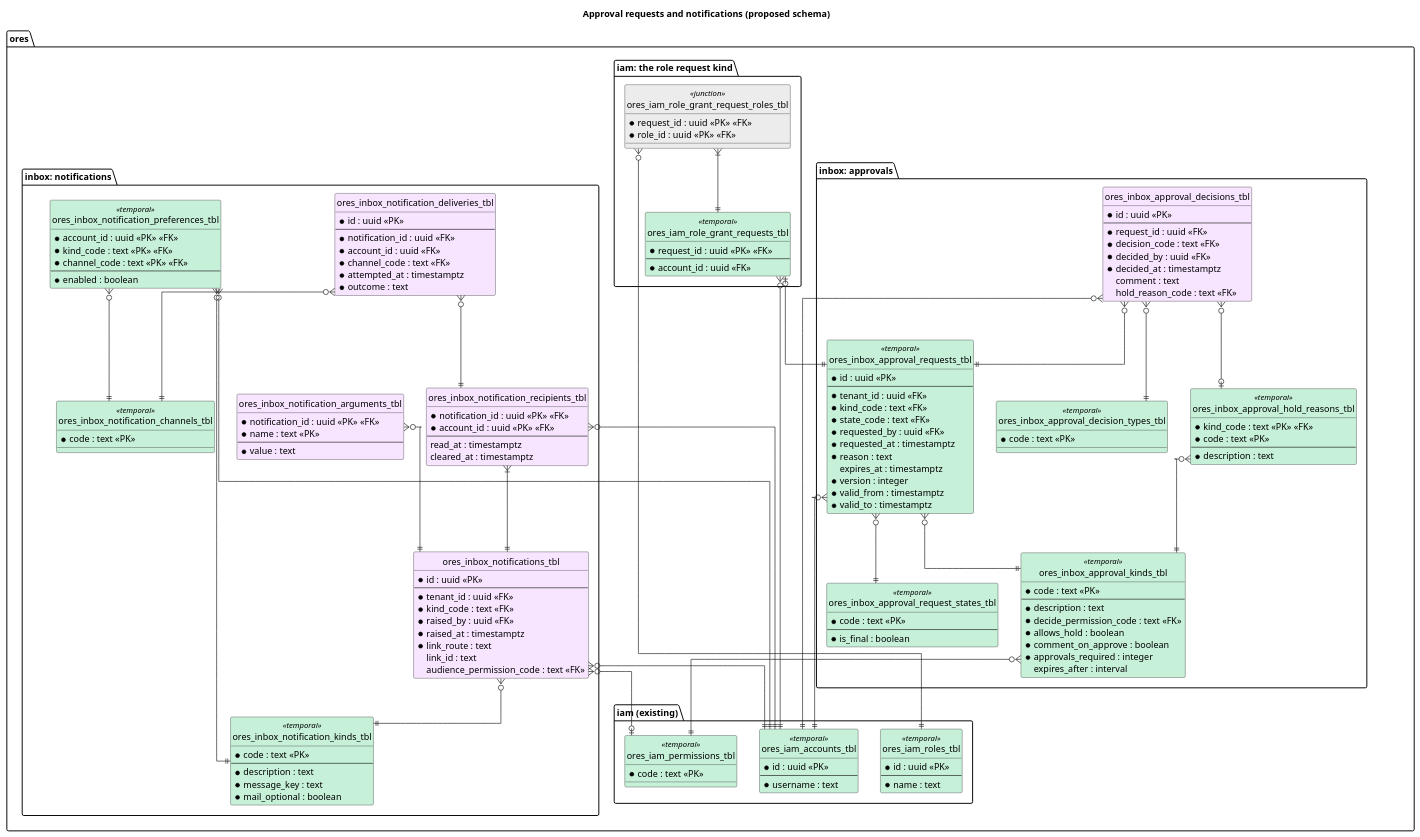
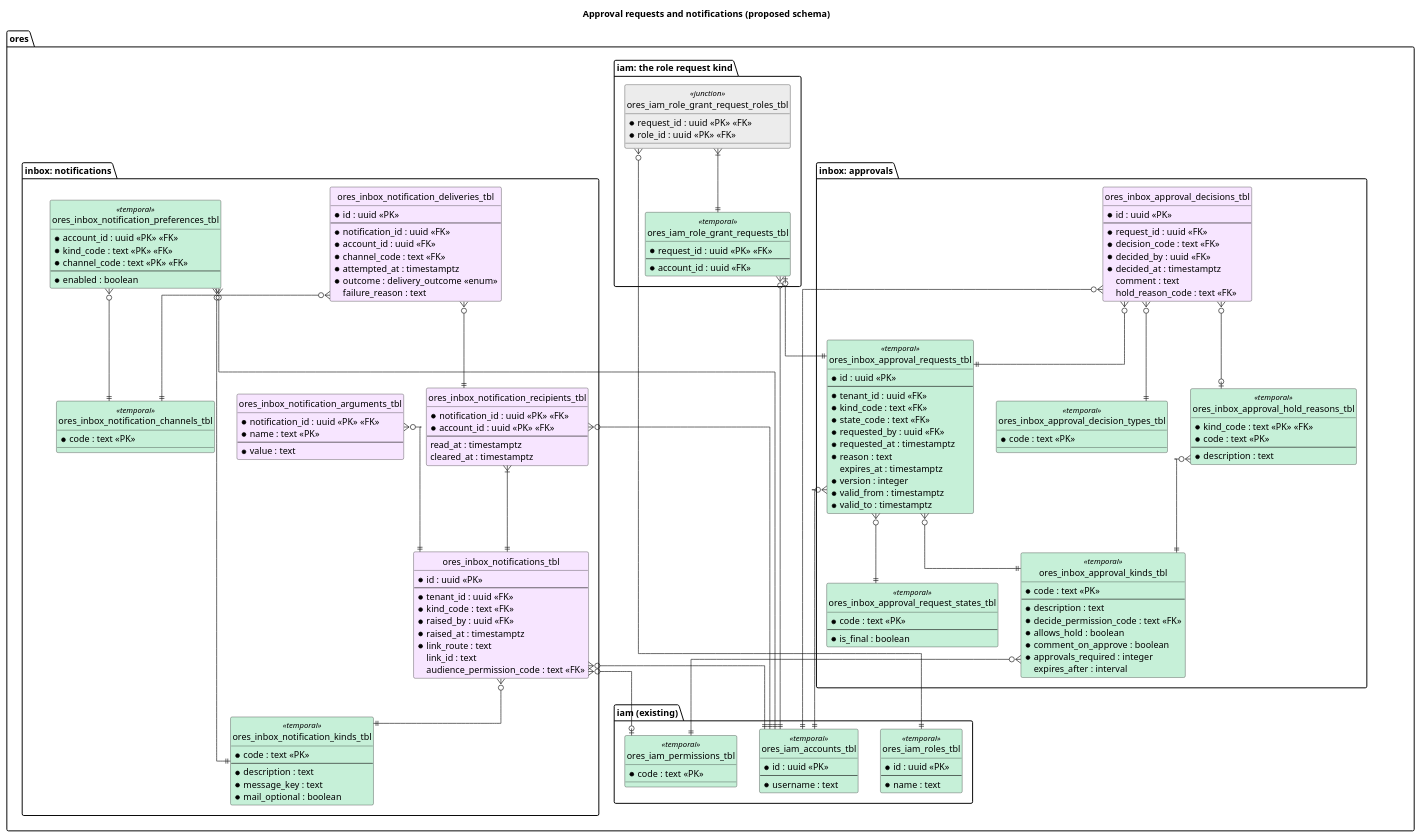
Before and after one commit to OreStudio/OreStudio: the diagram in doc/knowledge/architecture/approval_and_notification_schema.puml, drawn with PlantUML. The commit also changed 2 other files, not shown here.

Commit message:
[doc] Make the delivery outcome an enum
A delivery's outcome is pending, delivered or failed, with a failure
reason, following the enum column pattern the models use.

Story-ID: D5A29471-B0E3-4C69-B7CE-3477752C8ED7
Task-ID: 7822F25D-E5A3-4AB4-B822-373E7605CC5D
Environment: eager_maxwell

```diff
--- a/doc/knowledge/architecture/approval_and_notification_schema.puml
+++ b/doc/knowledge/architecture/approval_and_notification_schema.puml
@@ -21,165 +21,166 @@
 @startuml
 
 title Approval requests and notifications (proposed schema)
 hide circle
 skinparam linetype ortho
 
 package "ores.iam (existing)" {
   entity ores_iam_accounts_tbl <<temporal>> #C6F0D8 {
     * id : uuid <<PK>>
     --
     * username : text
   }
   entity ores_iam_roles_tbl <<temporal>> #C6F0D8 {
     * id : uuid <<PK>>
     --
     * name : text
   }
   entity ores_iam_permissions_tbl <<temporal>> #C6F0D8 {
     * code : text <<PK>>
   }
 }
 
 package "ores.inbox: approvals" {
   entity ores_inbox_approval_kinds_tbl <<temporal>> #C6F0D8 {
     * code : text <<PK>>
     --
     * description : text
     * decide_permission_code : text <<FK>>
     * allows_hold : boolean
     * comment_on_approve : boolean
     * approvals_required : integer
     expires_after : interval
   }
   entity ores_inbox_approval_request_states_tbl <<temporal>> #C6F0D8 {
     * code : text <<PK>>
     --
     * is_final : boolean
   }
   entity ores_inbox_approval_decision_types_tbl <<temporal>> #C6F0D8 {
     * code : text <<PK>>
   }
   entity ores_inbox_approval_hold_reasons_tbl <<temporal>> #C6F0D8 {
     * kind_code : text <<PK>> <<FK>>
     * code : text <<PK>>
     --
     * description : text
   }
   entity ores_inbox_approval_requests_tbl <<temporal>> #C6F0D8 {
     * id : uuid <<PK>>
     --
     * tenant_id : uuid <<FK>>
     * kind_code : text <<FK>>
     * state_code : text <<FK>>
     * requested_by : uuid <<FK>>
     * requested_at : timestamptz
     * reason : text
     expires_at : timestamptz
     * version : integer
     * valid_from : timestamptz
     * valid_to : timestamptz
   }
   entity ores_inbox_approval_decisions_tbl #F7E5FF {
     * id : uuid <<PK>>
     --
     * request_id : uuid <<FK>>
     * decision_code : text <<FK>>
     * decided_by : uuid <<FK>>
     * decided_at : timestamptz
     comment : text
     hold_reason_code : text <<FK>>
   }
 }
 
 package "ores.iam: the role request kind" {
   entity ores_iam_role_grant_requests_tbl <<temporal>> #C6F0D8 {
     * request_id : uuid <<PK>> <<FK>>
     --
     * account_id : uuid <<FK>>
   }
   entity ores_iam_role_grant_request_roles_tbl <<junction>> #ECECEC {
     * request_id : uuid <<PK>> <<FK>>
     * role_id : uuid <<PK>> <<FK>>
   }
 }
 
 package "ores.inbox: notifications" {
   entity ores_inbox_notification_kinds_tbl <<temporal>> #C6F0D8 {
     * code : text <<PK>>
     --
     * description : text
     * message_key : text
     * mail_optional : boolean
   }
   entity ores_inbox_notification_channels_tbl <<temporal>> #C6F0D8 {
     * code : text <<PK>>
   }
   entity ores_inbox_notifications_tbl #F7E5FF {
     * id : uuid <<PK>>
     --
     * tenant_id : uuid <<FK>>
     * kind_code : text <<FK>>
     * raised_by : uuid <<FK>>
     * raised_at : timestamptz
     * link_route : text
     link_id : text
     audience_permission_code : text <<FK>>
   }
   entity ores_inbox_notification_arguments_tbl #F7E5FF {
     * notification_id : uuid <<PK>> <<FK>>
     * name : text <<PK>>
     --
     * value : text
   }
   entity ores_inbox_notification_recipients_tbl #F7E5FF {
     * notification_id : uuid <<PK>> <<FK>>
     * account_id : uuid <<PK>> <<FK>>
     --
     read_at : timestamptz
     cleared_at : timestamptz
   }
   entity ores_inbox_notification_deliveries_tbl #F7E5FF {
     * id : uuid <<PK>>
     --
     * notification_id : uuid <<FK>>
     * account_id : uuid <<FK>>
     * channel_code : text <<FK>>
     * attempted_at : timestamptz
-    * outcome : text
+    * outcome : delivery_outcome <<enum>>
+    failure_reason : text
   }
   entity ores_inbox_notification_preferences_tbl <<temporal>> #C6F0D8 {
     * account_id : uuid <<PK>> <<FK>>
     * kind_code : text <<PK>> <<FK>>
     * channel_code : text <<PK>> <<FK>>
     --
     * enabled : boolean
   }
 }
 
 ores_inbox_approval_kinds_tbl }o--|| ores_iam_permissions_tbl
 ores_inbox_approval_requests_tbl }o--|| ores_inbox_approval_kinds_tbl
 ores_inbox_approval_requests_tbl }o--|| ores_inbox_approval_request_states_tbl
 ores_inbox_approval_requests_tbl }o--|| ores_iam_accounts_tbl
 ores_inbox_approval_hold_reasons_tbl }o--|| ores_inbox_approval_kinds_tbl
 ores_inbox_approval_decisions_tbl }o--|| ores_inbox_approval_requests_tbl
 ores_inbox_approval_decisions_tbl }o--|| ores_inbox_approval_decision_types_tbl
 ores_inbox_approval_decisions_tbl }o--|| ores_iam_accounts_tbl
 ores_inbox_approval_decisions_tbl }o--o| ores_inbox_approval_hold_reasons_tbl
 ores_iam_role_grant_requests_tbl |o--|| ores_inbox_approval_requests_tbl
 ores_iam_role_grant_requests_tbl }o--|| ores_iam_accounts_tbl
 ores_iam_role_grant_request_roles_tbl }|--|| ores_iam_role_grant_requests_tbl
 ores_iam_role_grant_request_roles_tbl }o--|| ores_iam_roles_tbl
 
 ores_inbox_notifications_tbl }o--|| ores_inbox_notification_kinds_tbl
 ores_inbox_notifications_tbl }o--|| ores_iam_accounts_tbl
 ores_inbox_notifications_tbl }o--o| ores_iam_permissions_tbl
 ores_inbox_notification_arguments_tbl }o--|| ores_inbox_notifications_tbl
 ores_inbox_notification_recipients_tbl }|--|| ores_inbox_notifications_tbl
 ores_inbox_notification_recipients_tbl }o--|| ores_iam_accounts_tbl
 ores_inbox_notification_deliveries_tbl }o--|| ores_inbox_notification_recipients_tbl
 ores_inbox_notification_deliveries_tbl }o--|| ores_inbox_notification_channels_tbl
 ores_inbox_notification_preferences_tbl }o--|| ores_iam_accounts_tbl
 ores_inbox_notification_preferences_tbl }o--|| ores_inbox_notification_kinds_tbl
 ores_inbox_notification_preferences_tbl }o--|| ores_inbox_notification_channels_tbl
 
 @enduml
```
